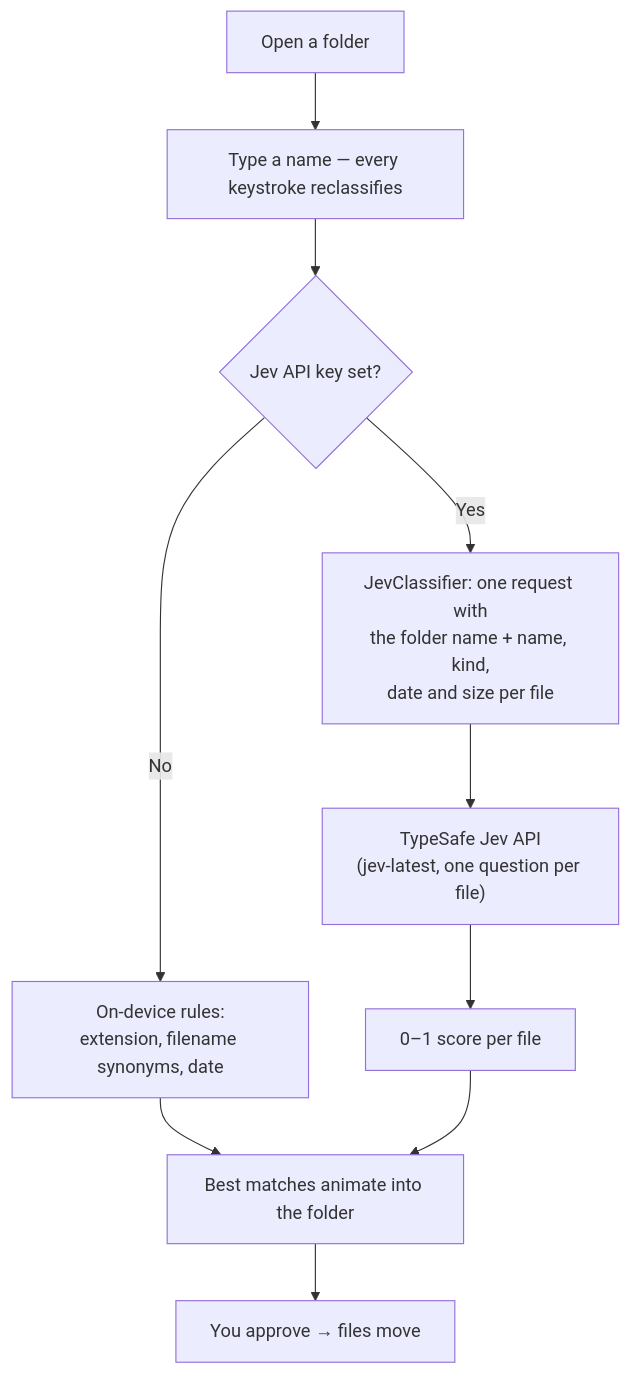
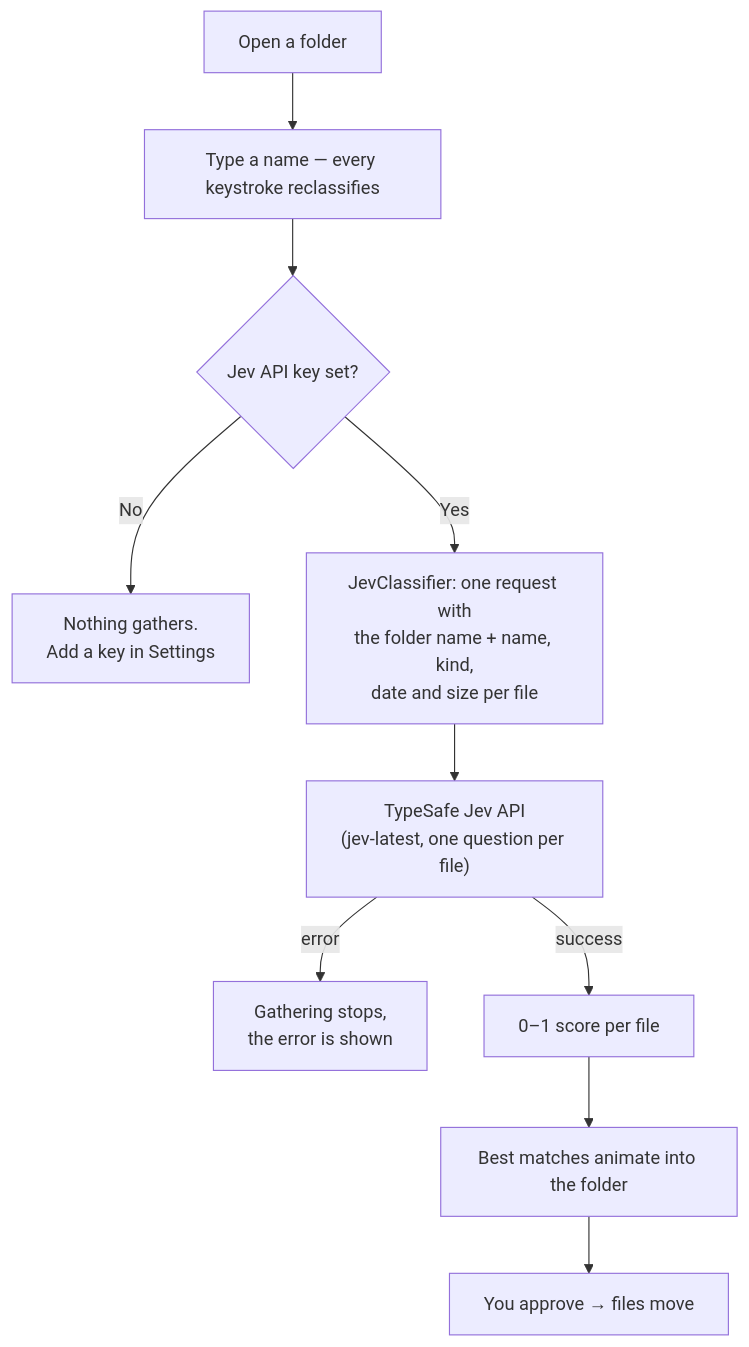
The diagram in README.md (diegocp01/living-folders), drawn with Mermaid before and after one commit. The commit also changed other lines of this file, not shown here.

````diff
--- a/README.md
+++ b/README.md
@@ -85,12 +95,12 @@
 ```mermaid
 flowchart TD
     A["Open a folder"] --> B["Type a name — every keystroke reclassifies"]
     B --> C{"Jev API key set?"}
-    C -- "No" --> D["On-device rules:\nextension, filename synonyms, date"]
+    C -- "No" --> D["Nothing gathers.\nAdd a key in Settings"]
     C -- "Yes" --> E["JevClassifier: one request with\nthe folder name + name, kind,\ndate and size per file"]
     E --> F["TypeSafe Jev API\n(jev-latest, one question per file)"]
-    F --> G["0–1 score per file"]
-    D --> H["Best matches animate into the folder"]
-    G --> H
+    F -- "error" --> J["Gathering stops,\nthe error is shown"]
+    F -- "success" --> G["0–1 score per file"]
+    G --> H["Best matches animate into the folder"]
     H --> I["You approve → files move"]
 ```
````
